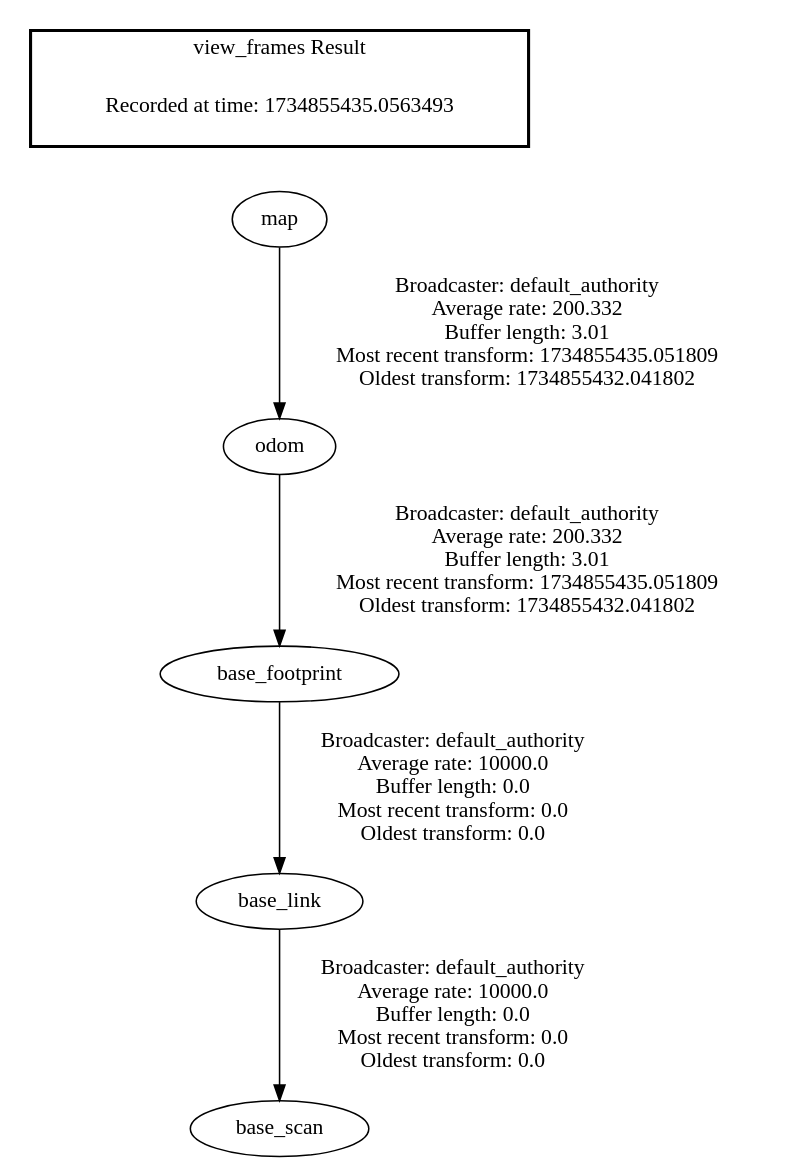
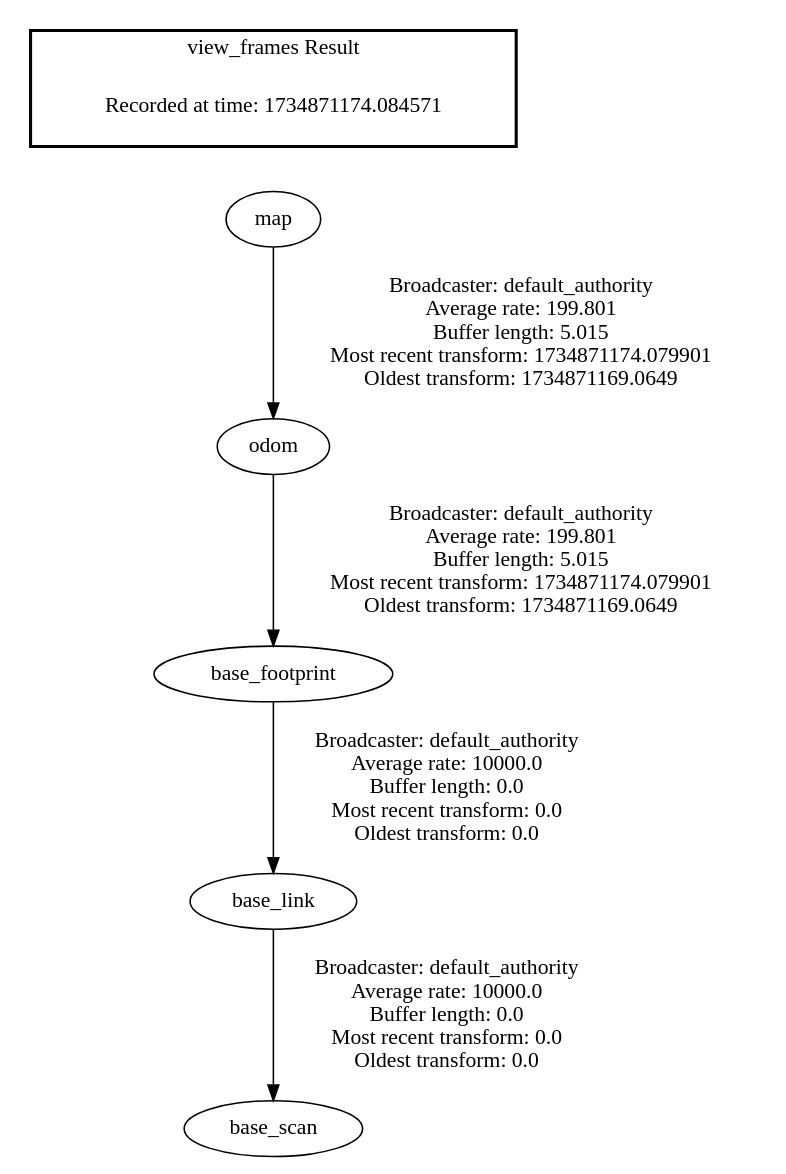
The diagram in frames.gv (weiwei-dotcom/qr_navigation), drawn with Graphviz before and after one commit. The commit also changed 22 other files, not shown here.

```diff
--- a/frames.gv
+++ b/frames.gv
@@ -1,10 +1,10 @@
 digraph G {
+"map" -> "odom"[label=" Broadcaster: default_authority\nAverage rate: 199.801\nBuffer length: 5.015\nMost recent transform: 1734871174.079901\nOldest transform: 1734871169.0649\n"];
+"odom" -> "base_footprint"[label=" Broadcaster: default_authority\nAverage rate: 199.801\nBuffer length: 5.015\nMost recent transform: 1734871174.079901\nOldest transform: 1734871169.0649\n"];
 "base_footprint" -> "base_link"[label=" Broadcaster: default_authority\nAverage rate: 10000.0\nBuffer length: 0.0\nMost recent transform: 0.0\nOldest transform: 0.0\n"];
-"odom" -> "base_footprint"[label=" Broadcaster: default_authority\nAverage rate: 200.332\nBuffer length: 3.01\nMost recent transform: 1734855435.051809\nOldest transform: 1734855432.041802\n"];
 "base_link" -> "base_scan"[label=" Broadcaster: default_authority\nAverage rate: 10000.0\nBuffer length: 0.0\nMost recent transform: 0.0\nOldest transform: 0.0\n"];
-"map" -> "odom"[label=" Broadcaster: default_authority\nAverage rate: 200.332\nBuffer length: 3.01\nMost recent transform: 1734855435.051809\nOldest transform: 1734855432.041802\n"];
 edge [style=invis];
  subgraph cluster_legend { style=bold; color=black; label ="view_frames Result";
-"Recorded at time: 1734855435.0563493"[ shape=plaintext ] ;
+"Recorded at time: 1734871174.084571"[ shape=plaintext ] ;
 }->"map";
 }
```
